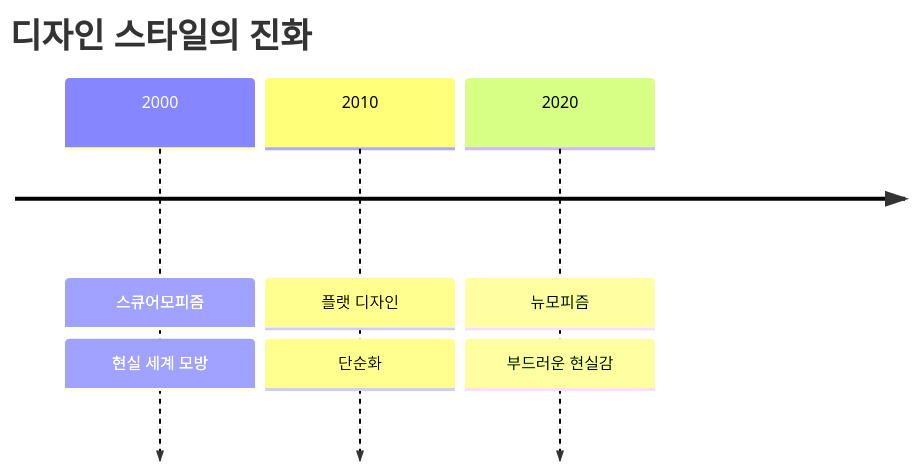
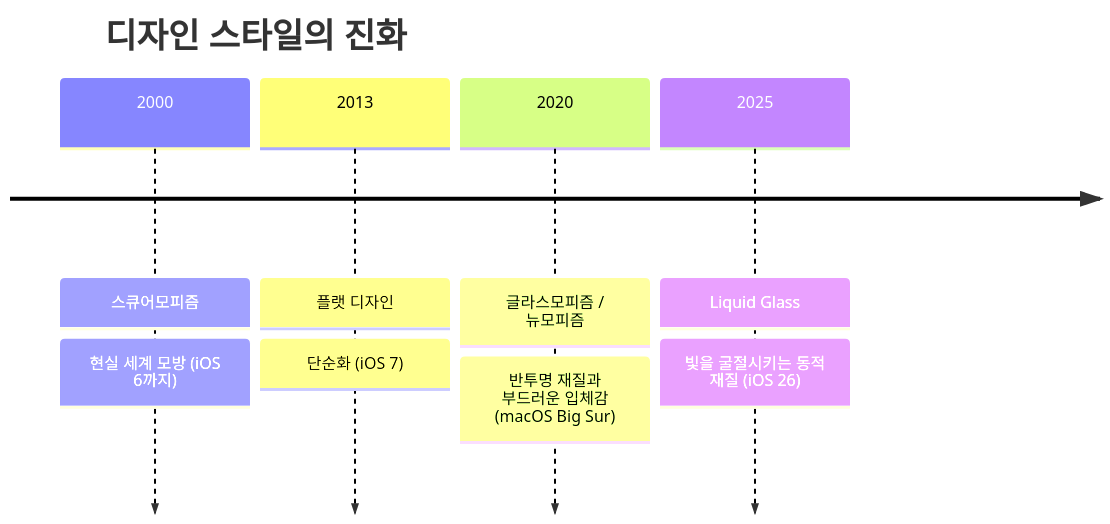
The diagram in _posts/design/concept/2024-08-25-designStyle.md (saejinpark/saejinpark.github.io), drawn with Mermaid before and after one commit. The commit also changed other lines of this file and 23 other files, not shown here.

```diff
--- a/_posts/design/concept/2024-08-25-designStyle.md
+++ b/_posts/design/concept/2024-08-25-designStyle.md
@@ -50,10 +61,12 @@
 <div class="mermaid">
 timeline
     title 디자인 스타일의 진화
     2000 : 스큐어모피즘
-         : 현실 세계 모방
-    2010 : 플랫 디자인
-         : 단순화
-    2020 : 뉴모피즘
-         : 부드러운 현실감
+         : 현실 세계 모방 (iOS 6까지)
+    2013 : 플랫 디자인
+         : 단순화 (iOS 7)
+    2020 : 글라스모피즘 / 뉴모피즘
+         : 반투명 재질과 부드러운 입체감 (macOS Big Sur)
+    2025 : Liquid Glass
+         : 빛을 굴절시키는 동적 재질 (iOS 26)
 </div>
```
